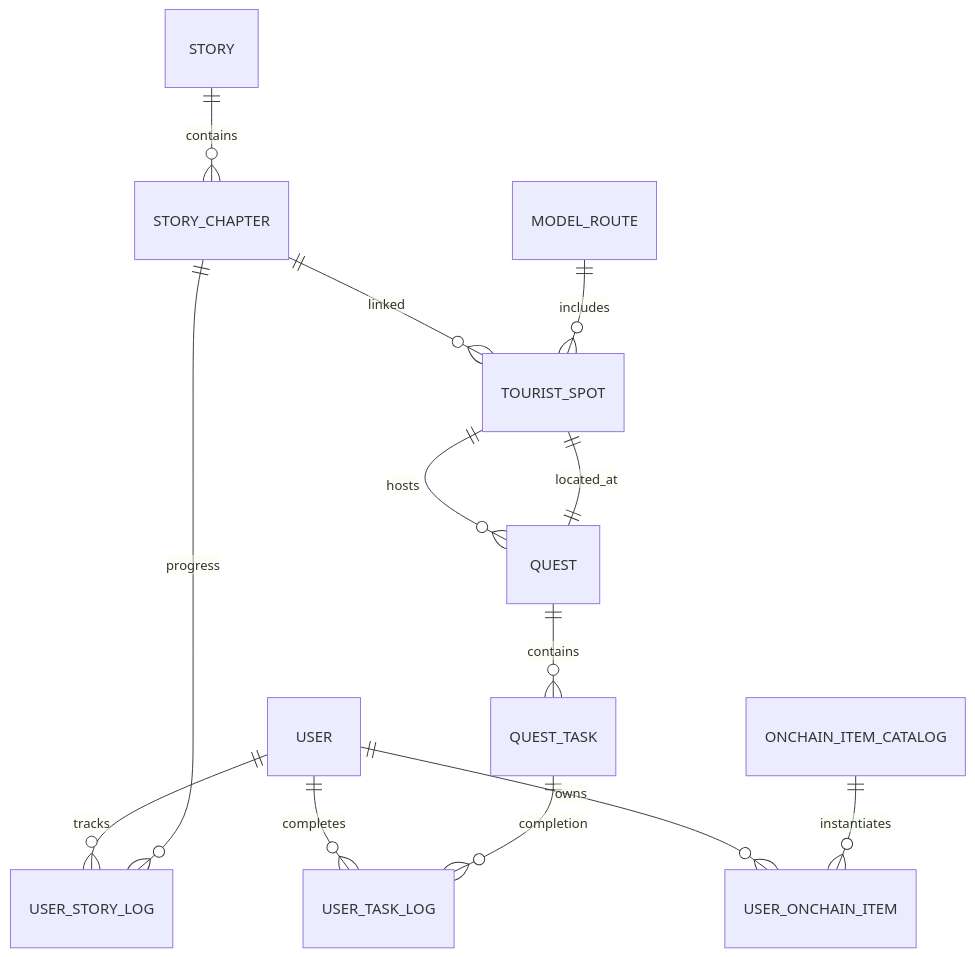
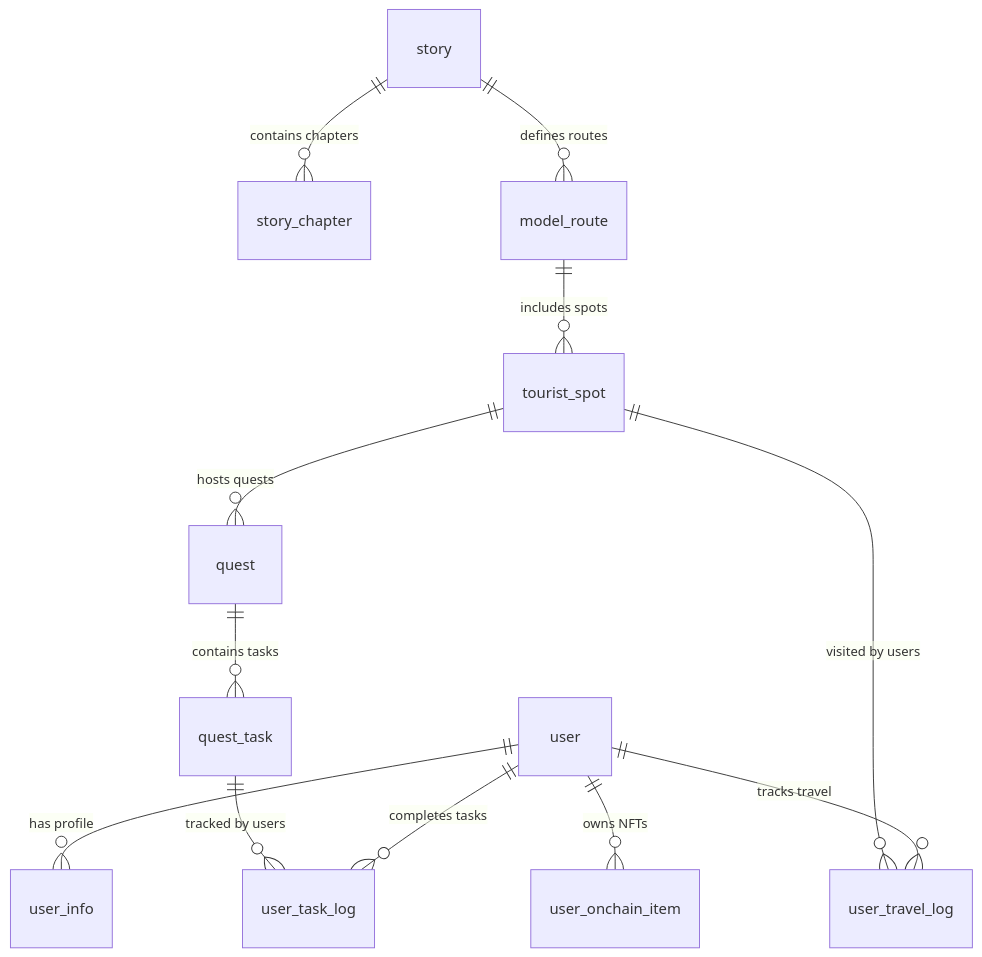
The third of 3 diagrams in docs/SYSTEM_ARCHITECTURE.md (sx-tane/tourii-backend), drawn with Mermaid before and after one commit. The commit also changed other lines of this file and 2 other files, not shown here.

````diff
--- a/docs/SYSTEM_ARCHITECTURE.md
+++ b/docs/SYSTEM_ARCHITECTURE.md
@@ -415,19 +256,16 @@
 ```mermaid
 erDiagram
-    USER ||--o{ USER_STORY_LOG : tracks
-    USER ||--o{ USER_TASK_LOG : completes
-    USER ||--o{ USER_ONCHAIN_ITEM : owns
-
-    STORY ||--o{ STORY_CHAPTER : contains
-    STORY_CHAPTER ||--o{ USER_STORY_LOG : progress
-    STORY_CHAPTER ||--o{ TOURIST_SPOT : linked
-
-    QUEST ||--o{ QUEST_TASK : contains
-    QUEST_TASK ||--o{ USER_TASK_LOG : completion
-    QUEST ||--|| TOURIST_SPOT : located_at
-
-    MODEL_ROUTE ||--o{ TOURIST_SPOT : includes
-    TOURIST_SPOT ||--o{ QUEST : hosts
-
-    ONCHAIN_ITEM_CATALOG ||--o{ USER_ONCHAIN_ITEM : instantiates
+    user ||--o{ user_info : "has profile"
+    user ||--o{ user_task_log : "completes tasks"
+    user ||--o{ user_travel_log : "tracks travel"
+    user ||--o{ user_onchain_item : "owns NFTs"
+    
+    story ||--o{ story_chapter : "contains chapters"
+    story ||--o{ model_route : "defines routes"
+    model_route ||--o{ tourist_spot : "includes spots"
+    tourist_spot ||--o{ quest : "hosts quests"
+    quest ||--o{ quest_task : "contains tasks"
+    
+    quest_task ||--o{ user_task_log : "tracked by users"
+    tourist_spot ||--o{ user_travel_log : "visited by users"
 ```
````
